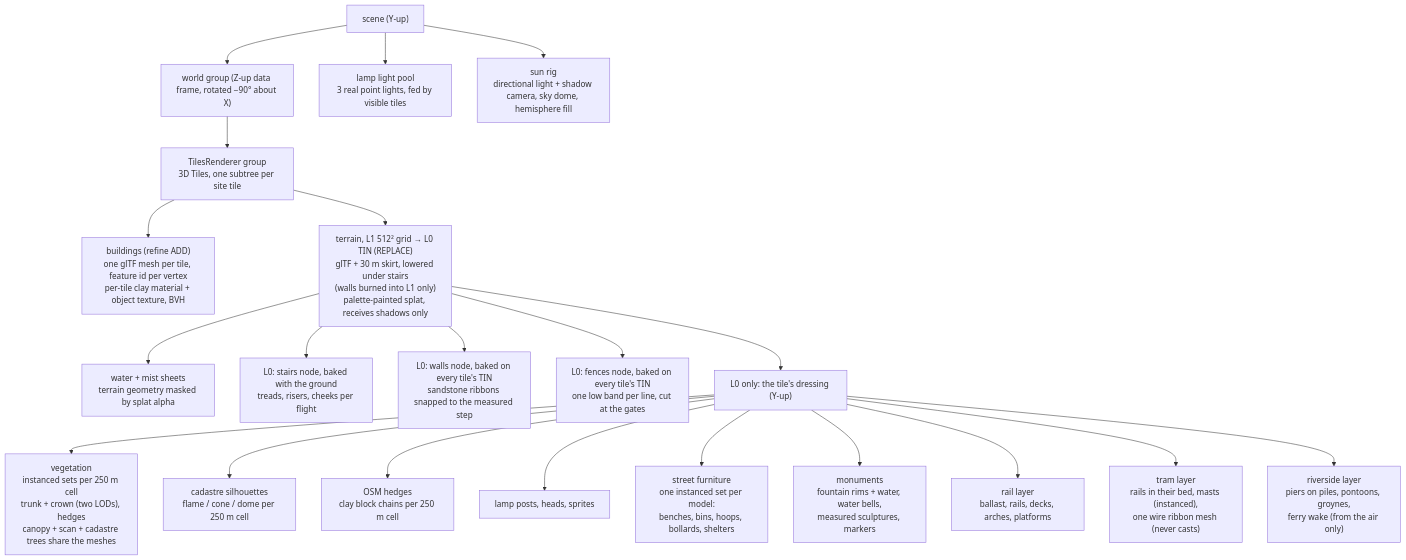
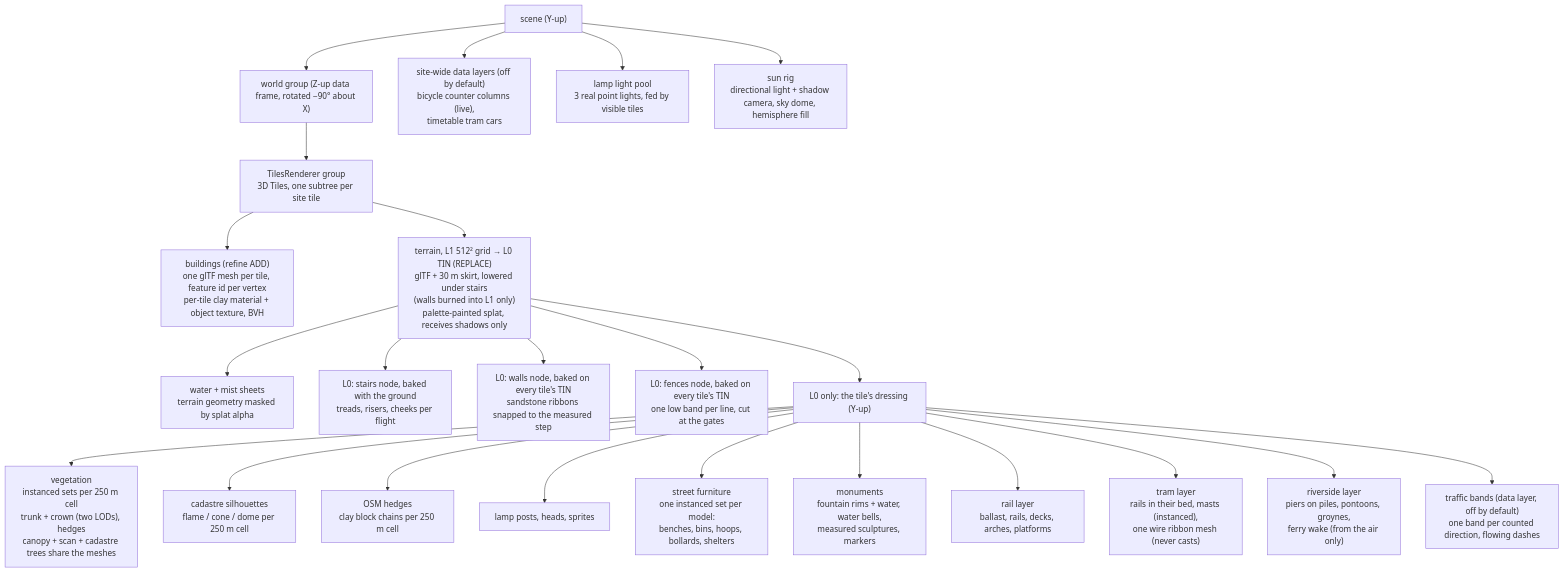
Before and after one commit to mdugue/bridge: the first of 2 diagrams in docs/rendering.md, drawn with Mermaid. The commit also changed other lines of this file and 17 other files, not shown here.

First line of the commit message:
docs: the traffic data layers in the ledger, the codebook, the guide and ADR 0036

````diff
--- a/docs/rendering.md
+++ b/docs/rendering.md
@@ -25,26 +25,28 @@
 ```mermaid
 flowchart TB
   SCENE["scene (Y-up)"]
   WORLD["world group (Z-up data frame, rotated −90° about X)"]
   TILES["TilesRenderer group<br/>3D Tiles, one subtree per site tile"]
   SCENE --> WORLD
   WORLD --> TILES
   TILES --> CITY["buildings (refine ADD)<br/>one glTF mesh per tile, feature id per vertex<br/>per-tile clay material + object texture, BVH"]
   TILES --> TER["terrain, L1 512² grid → L0 TIN (REPLACE)<br/>glTF + 30 m skirt, lowered under stairs<br/>(walls burned into L1 only)<br/>palette-painted splat, receives shadows only"]
   TER --> WAT["water + mist sheets<br/>terrain geometry masked by splat alpha"]
   TER --> STAIR["L0: stairs node, baked with the ground<br/>treads, risers, cheeks per flight"]
   TER --> WALL["L0: walls node, baked on every tile's TIN<br/>sandstone ribbons snapped to the measured step"]
   TER --> FENCE["L0: fences node, baked on every tile's TIN<br/>one low band per line, cut at the gates"]
   TER --> DRESS["L0 only: the tile's dressing (Y-up)"]
   DRESS --> VEG["vegetation<br/>instanced sets per 250 m cell<br/>trunk + crown (two LODs), hedges<br/>canopy + scan + cadastre trees share the meshes"]
   DRESS --> INV["cadastre silhouettes<br/>flame / cone / dome per 250 m cell"]
   DRESS --> LOW["OSM hedges<br/>clay block chains per 250 m cell"]
   DRESS --> LAMP["lamp posts, heads, sprites"]
   DRESS --> FURN["street furniture<br/>one instanced set per model:<br/>benches, bins, hoops, bollards, shelters"]
   DRESS --> MON["monuments<br/>fountain rims + water, water bells,<br/>measured sculptures, markers"]
   DRESS --> RAIL["rail layer<br/>ballast, rails, decks, arches, platforms"]
   DRESS --> TRAM["tram layer<br/>rails in their bed, masts (instanced),<br/>one wire ribbon mesh (never casts)"]
   DRESS --> RIV["riverside layer<br/>piers on piles, pontoons, groynes,<br/>ferry wake (from the air only)"]
+  DRESS --> TRAF["traffic bands (data layer, off by default)<br/>one band per counted direction, flowing dashes"]
+  SCENE --> DATA["site-wide data layers (off by default)<br/>bicycle counter columns (live),<br/>timetable tram cars"]
   SCENE --> LIGHTS["lamp light pool<br/>3 real point lights, fed by visible tiles"]
   SCENE --> SUN["sun rig<br/>directional light + shadow camera, sky dome, hemisphere fill"]
 ```
````
